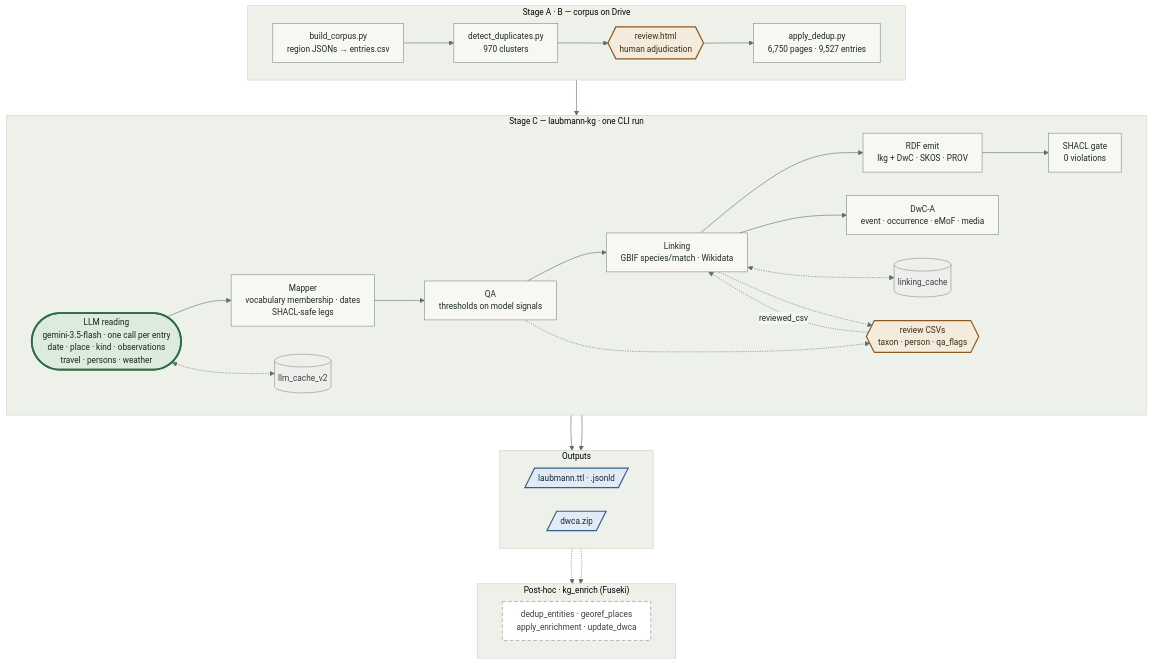
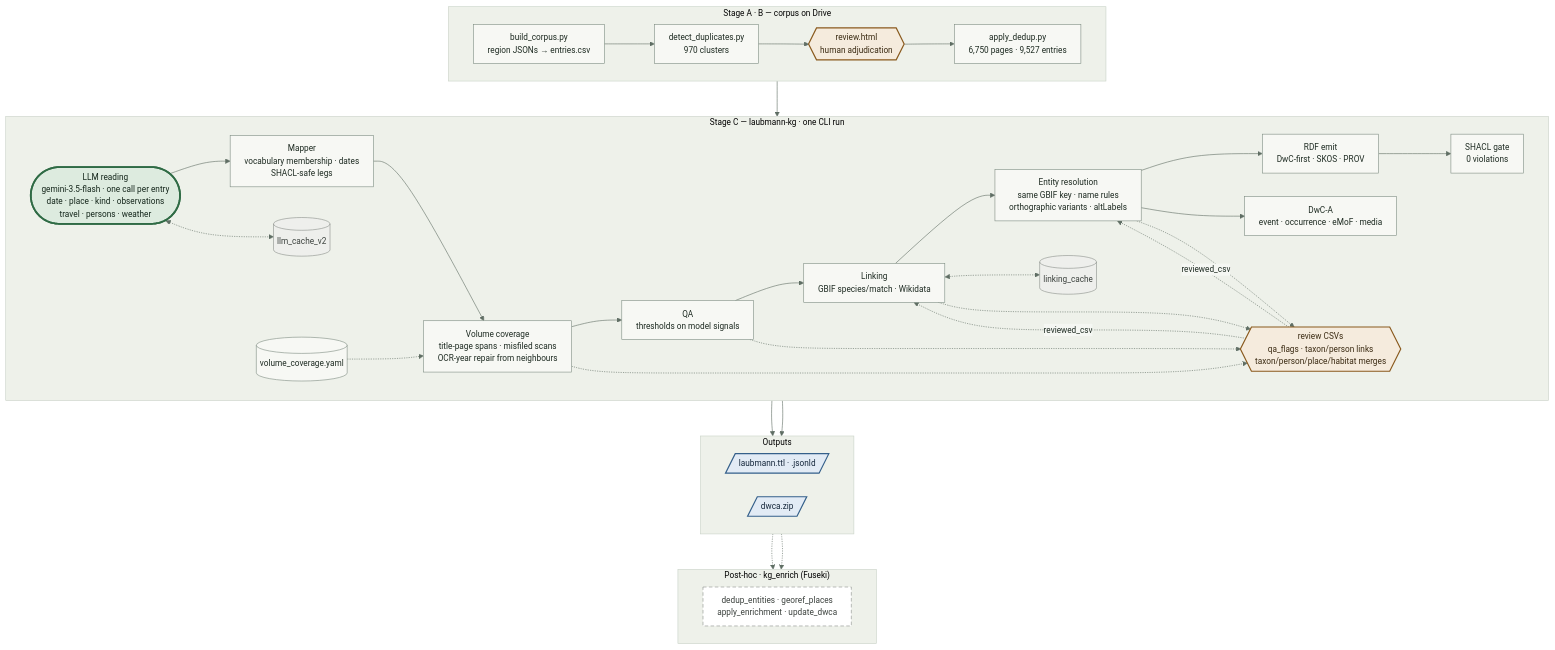
The diagram in docs/pipeline.mmd (Maelkolb/laubmann-kg_TP), drawn with Mermaid before and after one commit. The commit also changed 20 other files, not shown here.

```diff
--- a/docs/pipeline.mmd
+++ b/docs/pipeline.mmd
@@ -1,61 +1,68 @@
 %%{init: {"theme": "base", "flowchart": {"curve": "basis", "nodeSpacing": 40, "rankSpacing": 60, "padding": 12, "wrappingWidth": 260}, "themeVariables": {"primaryColor": "#F7F8F4", "primaryBorderColor": "#7E8C82", "primaryTextColor": "#1D2A21", "lineColor": "#5F6E64", "clusterBkg": "#EEF1EA", "clusterBorder": "#C9D2C7", "edgeLabelBackground": "#F5F7F3", "fontFamily": "Segoe UI, system-ui, sans-serif", "fontSize": "14px"}}}%%
 flowchart TB
     subgraph S1["Stage A · B — corpus on Drive"]
         direction LR
         A["build_corpus.py<br/>region JSONs → entries.csv"]
         B["detect_duplicates.py<br/>970 clusters"]
         R1{{"review.html<br/>human adjudication"}}
         B2["apply_dedup.py<br/>6,750 pages · 9,527 entries"]
         A --> B --> R1 --> B2
     end
 
     subgraph S2["Stage C — laubmann-kg · one CLI run"]
         direction LR
         C(["LLM reading<br/>gemini-3.5-flash · one call per entry<br/>date · place · kind · observations<br/>travel · persons · weather"])
         D["Mapper<br/>vocabulary membership · dates<br/>SHACL-safe legs"]
+        V["Volume coverage<br/>title-page spans · misfiled scans<br/>OCR-year repair from neighbours"]
         E["QA<br/>thresholds on model signals"]
         F["Linking<br/>GBIF species/match · Wikidata"]
-        G["RDF emit<br/>lkg + DwC · SKOS · PROV"]
+        X["Entity resolution<br/>same GBIF key · name rules<br/>orthographic variants · altLabels"]
+        G["RDF emit<br/>DwC-first · SKOS · PROV"]
         H["SHACL gate<br/>0 violations"]
         I["DwC-A<br/>event · occurrence · eMoF · media"]
         K1[("llm_cache_v2")]
         K2[("linking_cache")]
-        R2{{"review CSVs<br/>taxon · person · qa_flags"}}
-        C --> D --> E --> F --> G --> H
-        F --> I
+        K3[("volume_coverage.yaml")]
+        R2{{"review CSVs<br/>qa_flags · taxon/person links<br/>taxon/person/place/habitat merges"}}
+        C --> D --> V --> E --> F --> X --> G --> H
+        X --> I
         C <-.-> K1
         F <-.-> K2
+        K3 -.-> V
+        V -.-> R2
         E -.-> R2
         F -.-> R2
+        X -.-> R2
         R2 -. reviewed_csv .-> F
+        R2 -. reviewed_csv .-> X
     end
 
     subgraph S3["Outputs"]
         direction LR
         O1[/"laubmann.ttl · .jsonld"/]
         O2[/"dwca.zip"/]
     end
 
     subgraph S4["Post-hoc · kg_enrich (Fuseki)"]
         direction LR
         J["dedup_entities · georef_places<br/>apply_enrichment · update_dwca"]
     end
 
     B2 --> C
     H --> O1
     I --> O2
     O1 -.-> J
     O2 -.-> J
 
     classDef hub fill:#DDEBDF,stroke:#2F6B45,stroke-width:3px,color:#14261B
     classDef step fill:#F7F8F4,stroke:#7E8C82,stroke-width:1px,color:#1D2A21
     classDef human fill:#F5EBDD,stroke:#8A5A1E,stroke-width:2px,color:#3A2A12
     classDef cache fill:#EEEFEC,stroke:#8A8F8B,stroke-width:1px,color:#3B413D
     classDef out fill:#E2EBF5,stroke:#35608A,stroke-width:2px,color:#14263A
     classDef post fill:#FFFFFF,stroke:#8A8F8B,stroke-width:1px,stroke-dasharray:6 4,color:#3B413D
     class C hub
     class A,B,B2,D,E,F,G,H,I step
     class R1,R2 human
     class K1,K2 cache
     class O1,O2 out
     class J post
```
